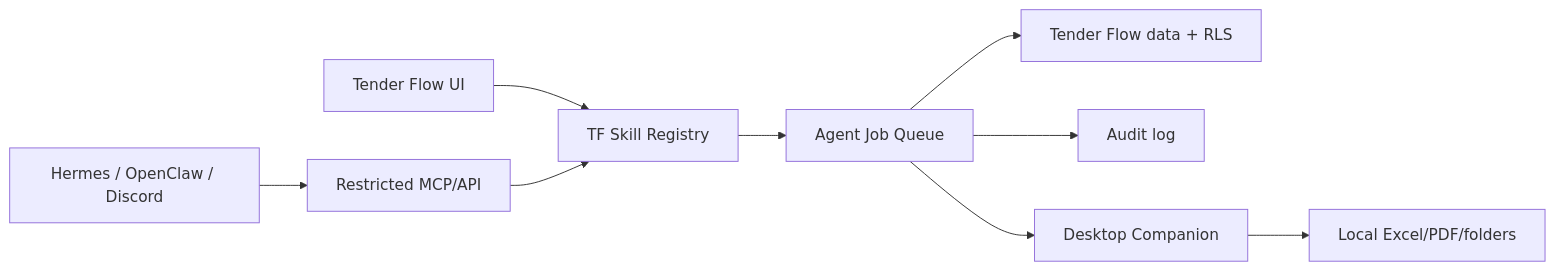
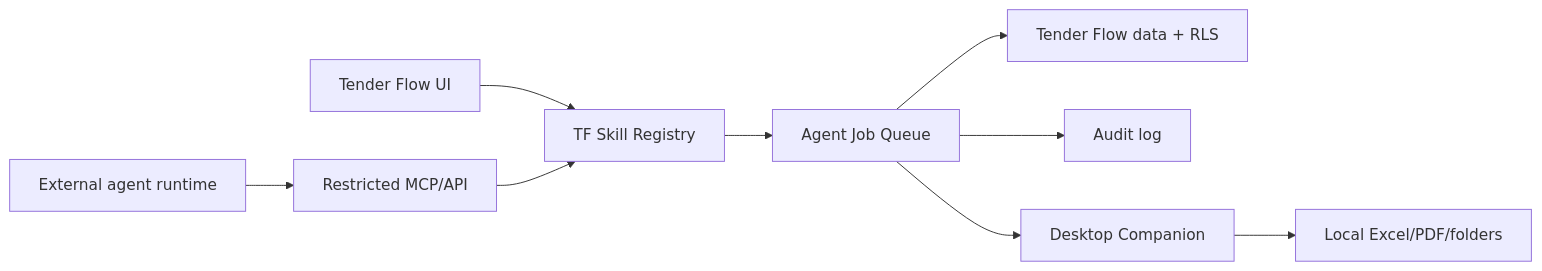
Before and after one commit to Martin82K/Tender-Flow: the diagram in docs/agent-skills.md, drawn with Mermaid. The commit also changed other lines of this file and 46 other files, not shown here.

````diff
--- a/docs/agent-skills.md
+++ b/docs/agent-skills.md
@@ -93,11 +86,11 @@
 ```mermaid
 flowchart LR
   UI["Tender Flow UI"] --> SKILLS["TF Skill Registry"]
   SKILLS --> JOBS["Agent Job Queue"]
   JOBS --> DATA["Tender Flow data + RLS"]
   JOBS --> AUDIT["Audit log"]
   JOBS --> DESKTOP["Desktop Companion"]
-  EXT["Hermes / OpenClaw / Discord"] --> MCP["Restricted MCP/API"]
+  EXT["External agent runtime"] --> MCP["Restricted MCP/API"]
   MCP --> SKILLS
   DESKTOP --> FILES["Local Excel/PDF/folders"]
 ```
````
